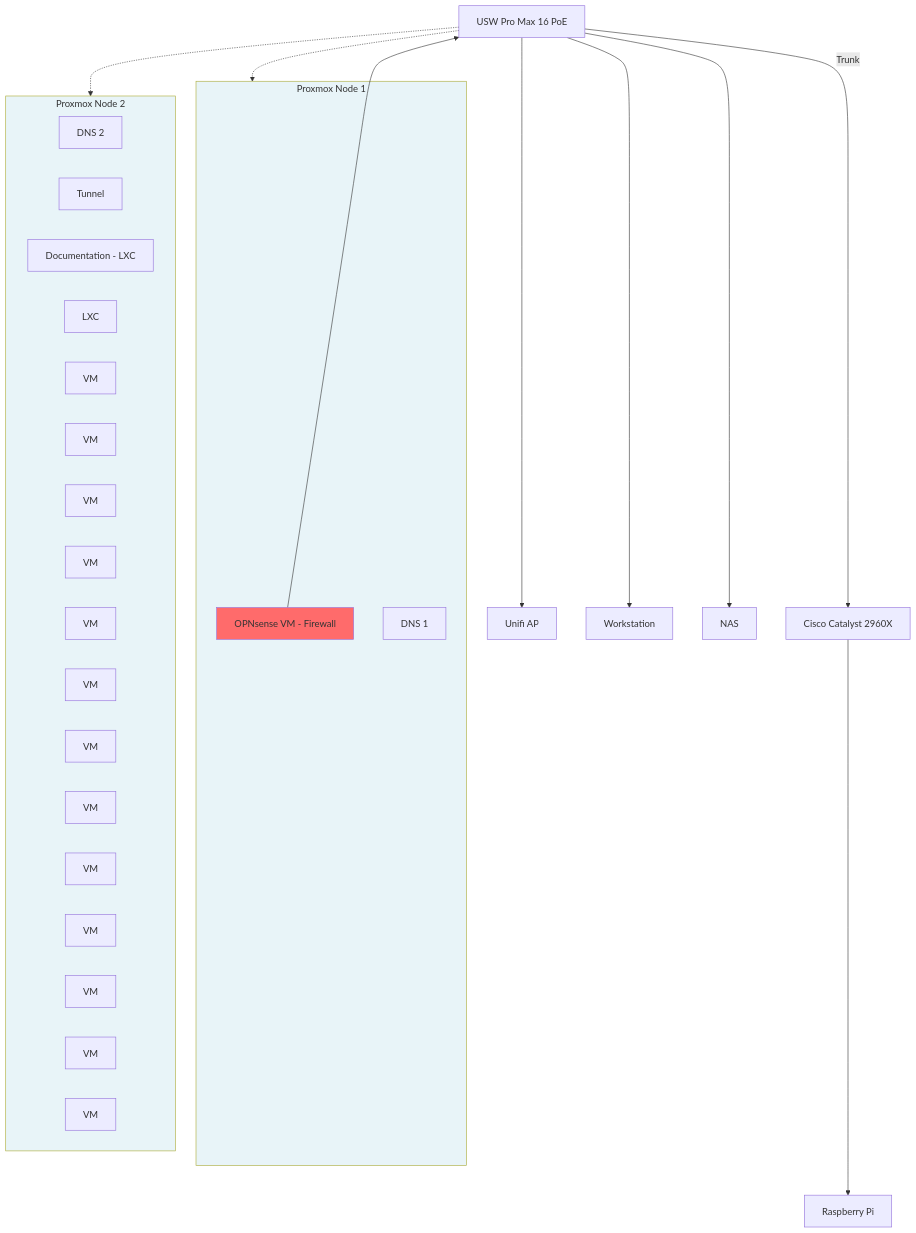
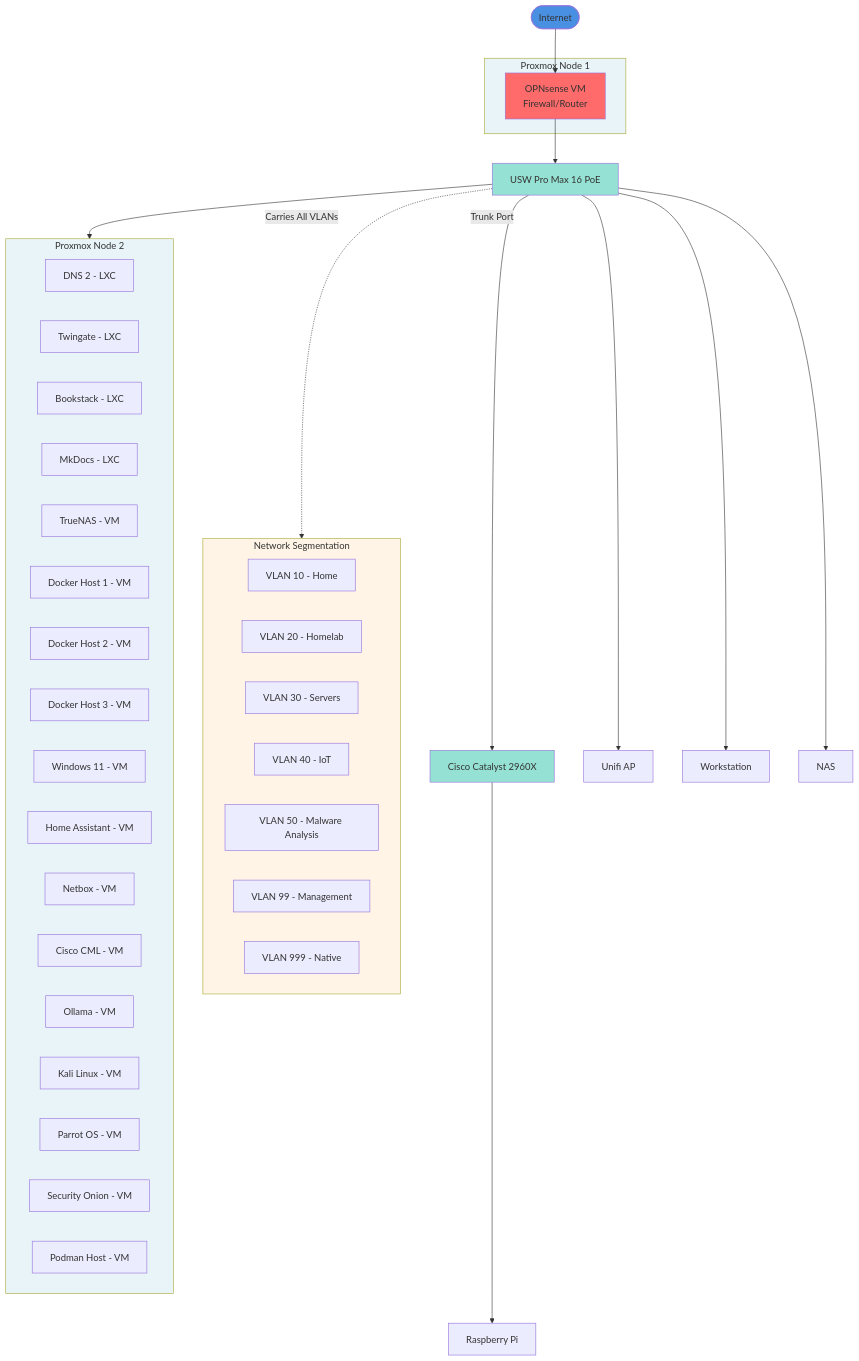
The diagram in docs/index.md (moshthesubnet/my-lab-docs), drawn with Mermaid before and after one commit.

````diff
--- a/docs/index.md
+++ b/docs/index.md
@@ -54,53 +54,76 @@
 ```mermaid
-graph TD
-    %% Physical Infrastructure
+graph TB
+    %% Internet and Edge
+    Internet([Internet])
+    
+    %% Proxmox Host containing OPNsense
+    subgraph ProxmoxNode1["Proxmox Node 1"]
+        OPNsense[OPNsense VM<br/>Firewall/Router]
+    end
+    
+    %% Main Switch
     MainSwitch[USW Pro Max 16 PoE]
+    
+    %% VLANs
+    subgraph VLANs["Network Segmentation"]
+        VLAN10[VLAN 10 - Home]
+        VLAN20[VLAN 20 - Homelab]
+        VLAN30[VLAN 30 - Servers]
+        VLAN40[VLAN 40 - IoT]
+        VLAN50[VLAN 50 - Malware Analysis]
+        VLAN99[VLAN 99 - Management]
+        VLAN999[VLAN 999 - Native]
+    end
+    
+    %% Trunk Connection
     LabSwitch[Cisco Catalyst 2960X]
     
     %% Physical Devices
     AP[Unifi AP]
     PC[Workstation]
+    NAS[NAS]
     RP[Raspberry Pi]
-    NAS[NAS]
     
-    %% Proxmox Hosts with nested VMs/Containers
-    subgraph ProxmoxNode1["Proxmox Node 1"]
-        OPNsense[OPNsense VM - Firewall]
-        Pihole1[DNS 1]
+    %% Proxmox Node 2 with VMs/LXCs
+    subgraph ProxmoxNode2["Proxmox Node 2"]
+        Pihole2[DNS 2 - LXC]
+        TwinGate[Twingate - LXC]
+        BookstackVM[Bookstack - LXC]
+        MkDocs[MkDocs - LXC]
+        TrueNAS[TrueNAS - VM]
+        Dockerhost1[Docker Host 1 - VM]
+        Dockerhost2[Docker Host 2 - VM]
+        Dockerhost3[Docker Host 3 - VM]
+        Win11[Windows 11 - VM]
+        HomeAssistant[Home Assistant - VM]
+        Netbox[Netbox - VM]
+        CML[Cisco CML - VM]
+        Ollama[Ollama - VM]
+        Kali[Kali Linux - VM]
+        Parrot[Parrot OS - VM]
+        SecurityOnion[Security Onion - VM]
+        Podmanhost1[Podman Host - VM]
     end
     
-    subgraph ProxmoxNode2["Proxmox Node 2"]
-        Pihole2[DNS 2]
-        TwinGate[Tunnel]
-        BookstackVM[Documentation - LXC]
-        MkDocs[LXC]
-        TrueNAS[VM]
-        Dockerhost1[VM]
-        Dockerhost2[VM]
-        Dockerhost3[VM]
-        Win11[VM]
-        HomeAssistant[VM]
-        Netbox[VM]
-        CML[VM]
-        Ollama[VM]
-        Kali[VM]
-        Parrot[VM]
-        SecurityOnion[VM]
-        Podmanhost1[VM]
-    end
+    %% Connections Flow
+    Internet --> OPNsense
+    OPNsense --> MainSwitch
+    MainSwitch -.->|Carries All VLANs| VLANs
+    MainSwitch -->|Trunk Port| LabSwitch
     
-    %% Connections
-    OPNsense --> MainSwitch
-    MainSwitch -- Trunk --> LabSwitch
-    
+    %% Device Connections
     MainSwitch --> AP
     MainSwitch --> PC
     MainSwitch --> NAS
-    MainSwitch -.-> ProxmoxNode1
-    MainSwitch -.-> ProxmoxNode2
+    MainSwitch --> ProxmoxNode2
     LabSwitch --> RP
     
+    %% Styling
+    style Internet fill:#4a90e2
     style OPNsense fill:#ff6b6b
     style ProxmoxNode1 fill:#e8f4f8
     style ProxmoxNode2 fill:#e8f4f8
+    style VLANs fill:#fff4e6
+    style MainSwitch fill:#95e1d3
+    style LabSwitch fill:#95e1d3
 ```
````
